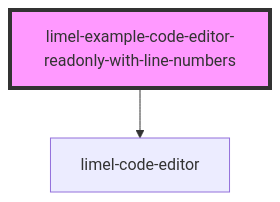
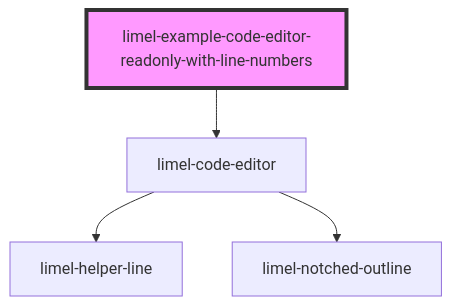
Before and after one commit to Lundalogik/lime-elements: the diagram in versions/PR-3741/markdown-docs/components/code-editor/examples/readme.md, drawn with Mermaid. The commit also changed 220 other files, not shown here.

````diff
--- a/versions/PR-3741/markdown-docs/components/code-editor/examples/readme.md
+++ b/versions/PR-3741/markdown-docs/components/code-editor/examples/readme.md
@@ -23,5 +23,7 @@
 ```mermaid
 graph TD;
   limel-example-code-editor-readonly-with-line-numbers --> limel-code-editor
+  limel-code-editor --> limel-helper-line
+  limel-code-editor --> limel-notched-outline
   style limel-example-code-editor-readonly-with-line-numbers fill:#f9f,stroke:#333,stroke-width:4px
 ```
````
